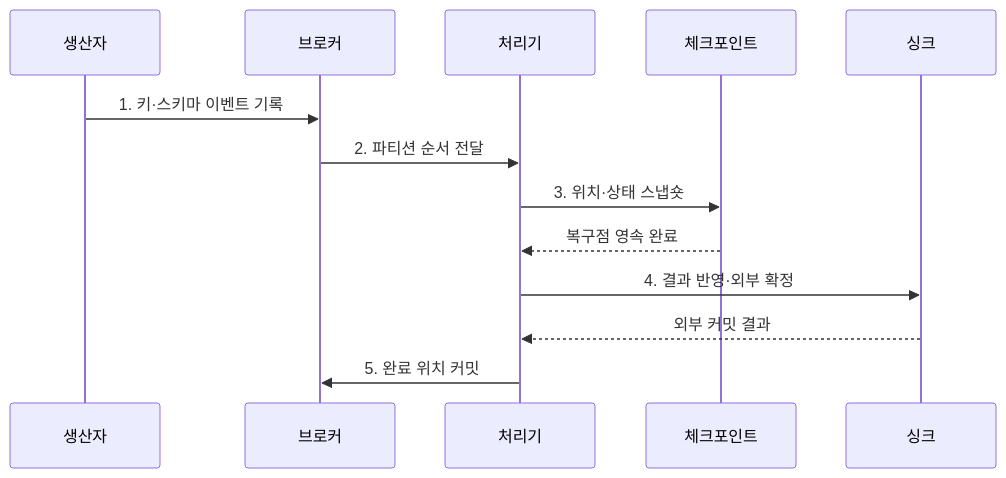
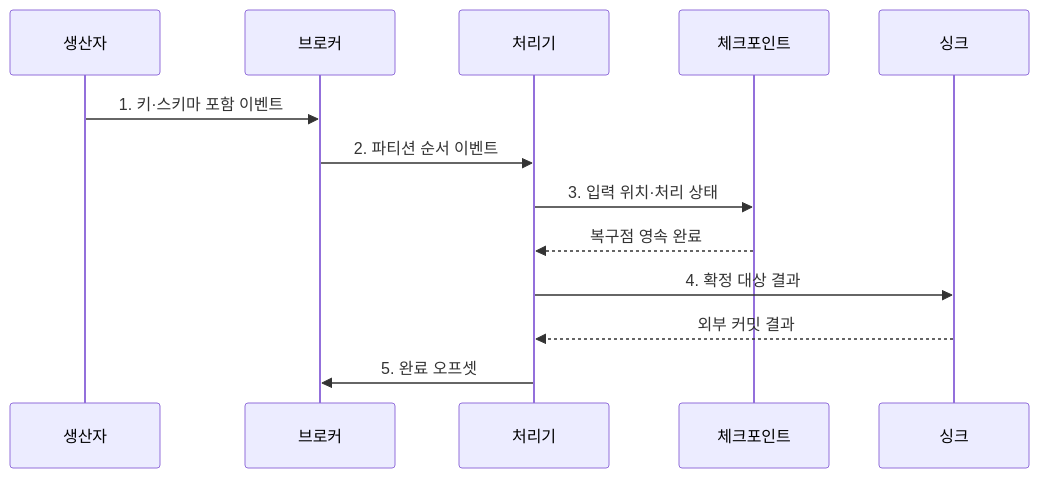
Before and after one commit to agnusdei1207/knowledge-base: the second of 2 diagrams in src/content/docs/notes/03-software/122_real_time_streaming_platform.md, drawn with Mermaid. The commit also changed other lines of this file and 20 other files, not shown here.

````diff
--- a/src/content/docs/notes/03-software/122_real_time_streaming_platform.md
+++ b/src/content/docs/notes/03-software/122_real_time_streaming_platform.md
@@ -84,15 +94,15 @@
 ```mermaid
 sequenceDiagram
     participant P as 생산자
     participant B as 브로커
     participant E as 처리기
     participant C as 체크포인트
     participant S as 싱크
-    P->>B: 1. 키·스키마 이벤트 기록
-    B->>E: 2. 파티션 순서 전달
-    E->>C: 3. 위치·상태 스냅숏
+    P->>B: 1. 키·스키마 포함 이벤트
+    B->>E: 2. 파티션 순서 이벤트
+    E->>C: 3. 입력 위치·처리 상태
     C-->>E: 복구점 영속 완료
-    E->>S: 4. 결과 반영·외부 확정
+    E->>S: 4. 확정 대상 결과
     S-->>E: 외부 커밋 결과
-    E->>B: 5. 완료 위치 커밋
+    E->>B: 5. 완료 오프셋
 ```
````
